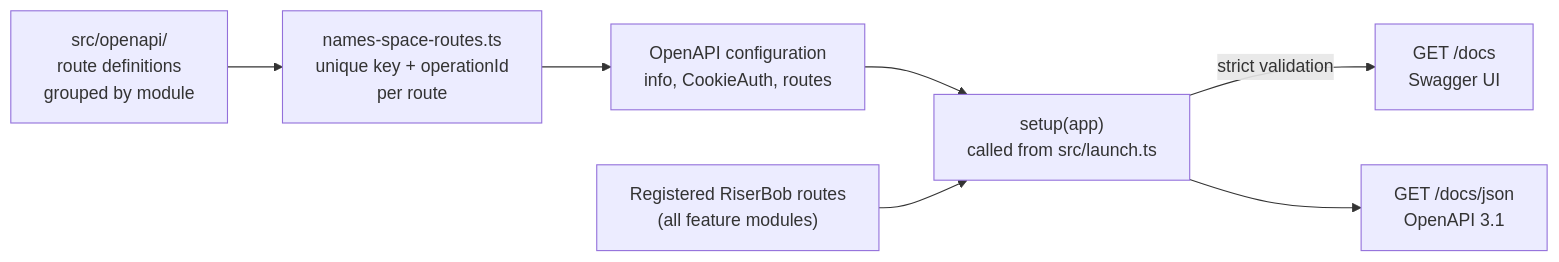
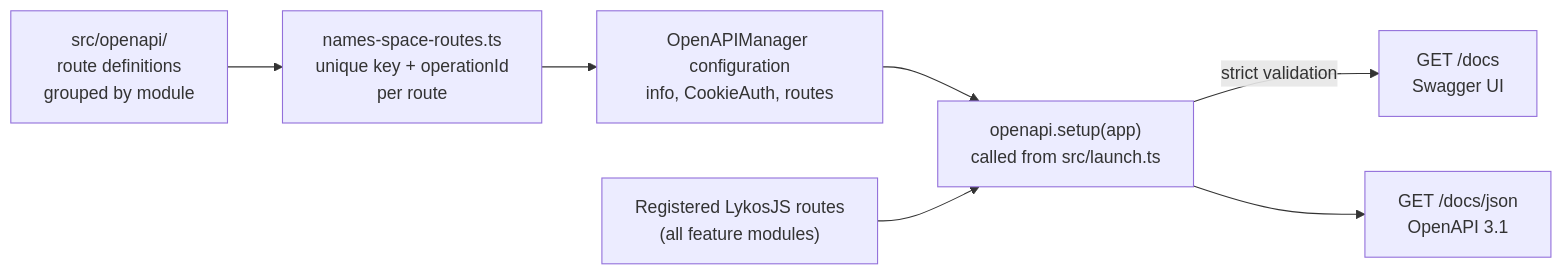
One commit to ZenZN99/Zentro-Social-Network changed the first of 8 diagrams in README.md. Above: the diagram before and after it, drawn with Mermaid. The commit also changed other lines of this file, not shown here.

````diff
--- a/README.md
+++ b/README.md
@@ -246,15 +246,15 @@
 ```mermaid
 flowchart LR
   D["src/openapi/<br/>route definitions<br/>grouped by module"]
   N["names-space-routes.ts<br/>unique key + operationId<br/>per route"]
-  C["OpenAPI configuration<br/>info, CookieAuth, routes"]
-  R["Registered RiserBob routes<br/>(all feature modules)"]
-  S["setup(app)<br/>called from src/launch.ts"]
+  C["OpenAPIManager configuration<br/>info, CookieAuth, routes"]
+  R["Registered LykosJS routes<br/>(all feature modules)"]
+  S["openapi.setup(app)<br/>called from src/launch.ts"]
   UI["GET /docs<br/>Swagger UI"]
   J["GET /docs/json<br/>OpenAPI 3.1"]
 
   D --> N --> C --> S
   R --> S
   S -->|"strict validation"| UI
   S --> J
 ```
````
